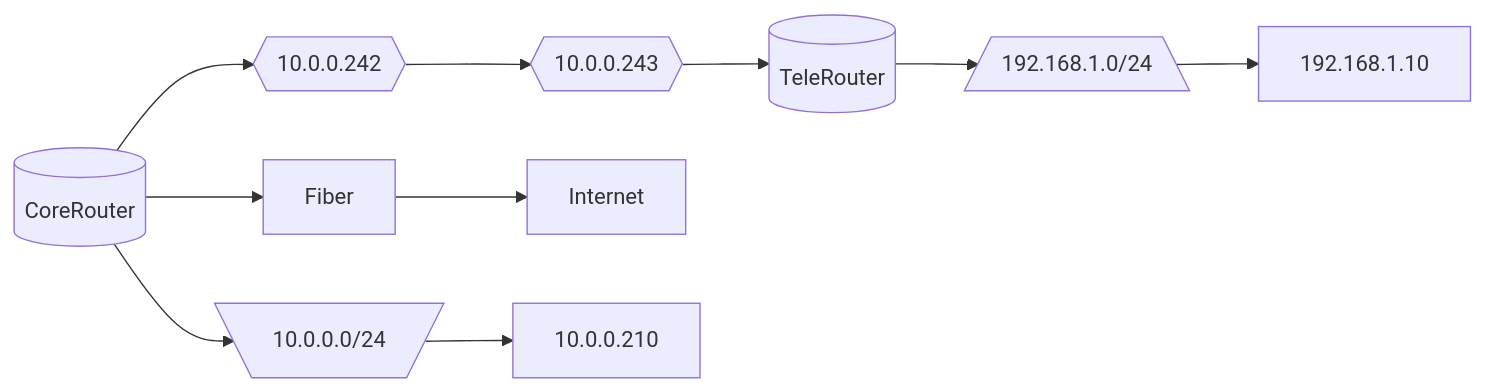
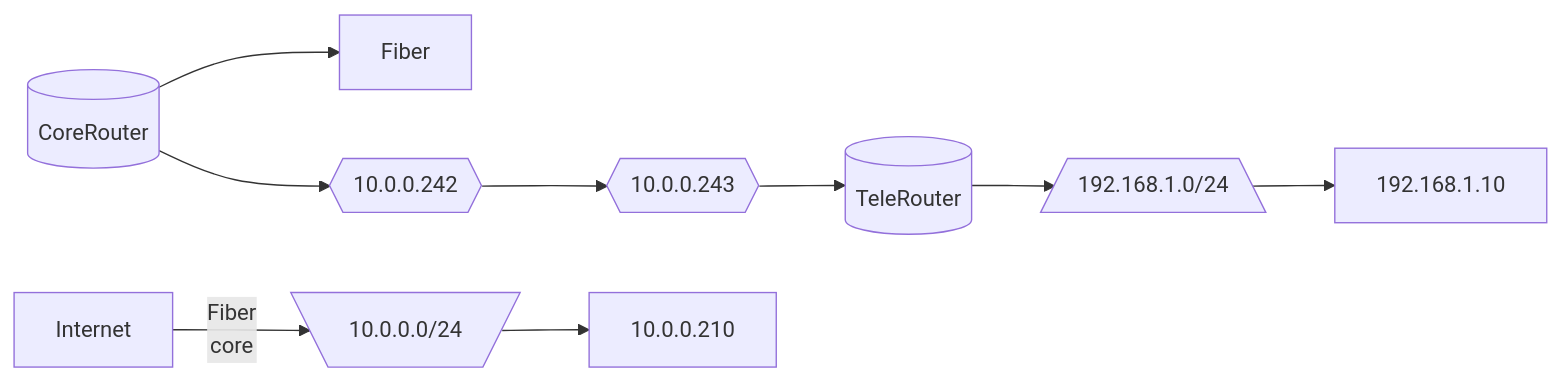
One commit to notkasim/DOCS changed the second of 2 diagrams in Topology.md. Above: the diagram before and after it, drawn with Mermaid.

````diff
--- a/Topology.md
+++ b/Topology.md
@@ -19,23 +19,23 @@
 ```mermaid
 graph LR;
     core[(CoreRouter)]
     tele2[(TeleRouter)]
     core_link{{10.0.0.242}}
     tele2_link{{10.0.0.243}}
     core_net[\10.0.0.0/24/]
     tele2_net[/192.168.1.0/24\]
 
     core-->Fiber;
-    Fiber-->Internet
+    Internet--Fiber
     core-->core_net-->10.0.0.210;
     core-->core_link;
     core_link-->tele2_link;
     tele2_link-->tele2;
     tele2-->tele2_net-->192.168.1.10;
 
 
 
 
 
 
 ```
````
